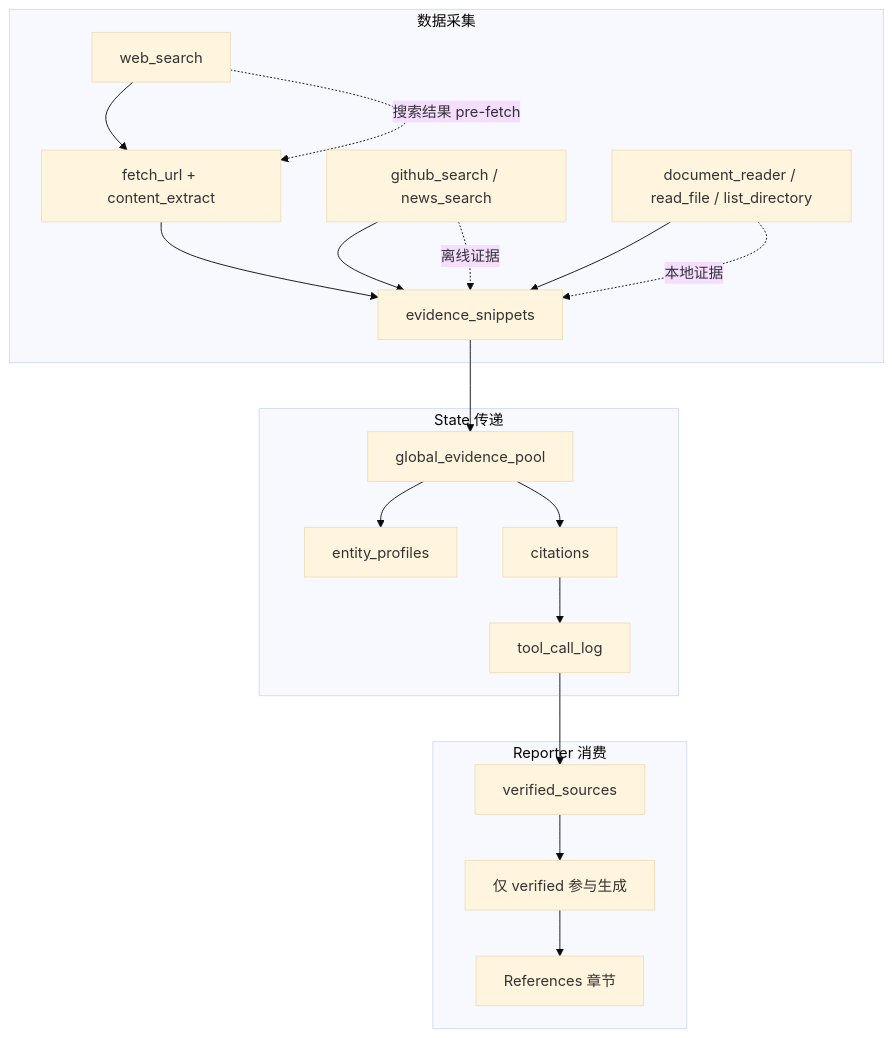
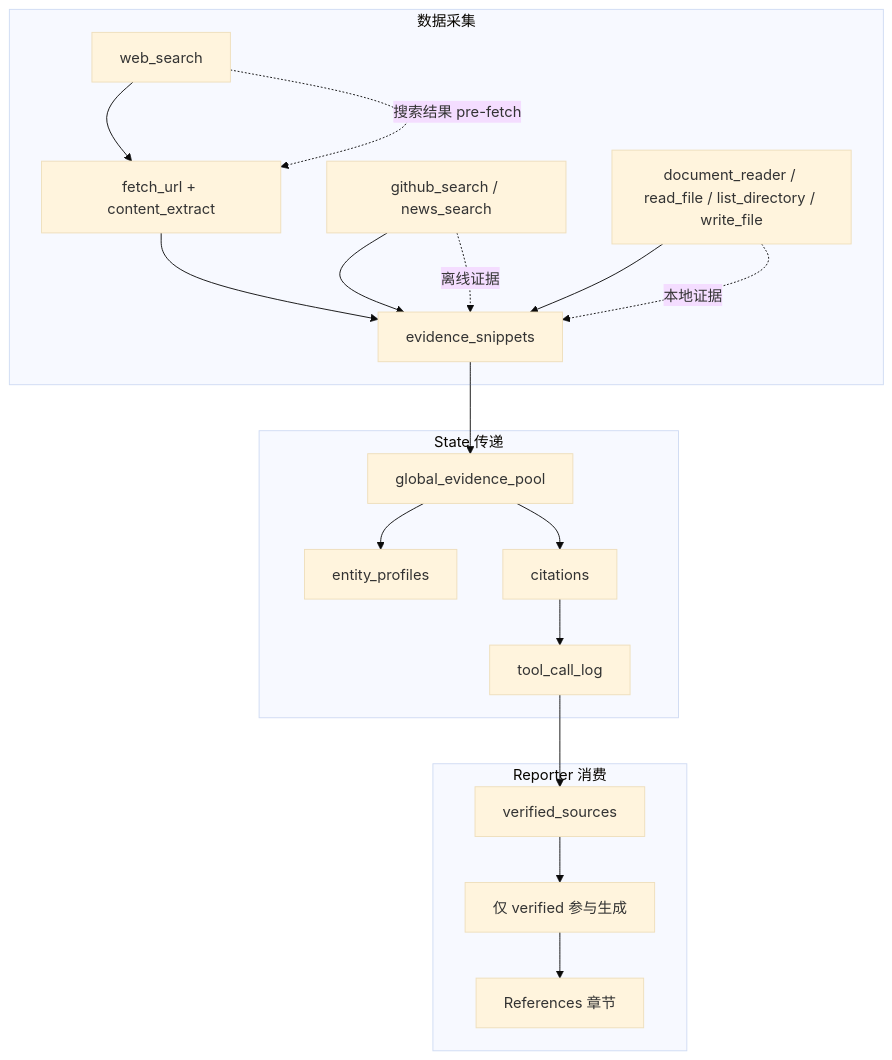
Before and after one commit to Caser-86/InsightGraph: the third of 3 diagrams in README.md, drawn with Mermaid (base theme). The commit also changed other lines of this file, not shown here.

Commit message:
docs: document write file opt in

````diff
--- a/README.md
+++ b/README.md
@@ -370,26 +372,26 @@
 ```mermaid
 flowchart TB
     subgraph 数据采集
         T1[web_search] --> T2[fetch_url + content_extract]
         T3[github_search / news_search] --> T8[evidence_snippets]
-        T5[document_reader / read_file / list_directory] --> T8
+        T5[document_reader / read_file / list_directory / write_file] --> T8
         T2 --> T8
     end
 
     subgraph State 传递
         T8 --> S1[global_evidence_pool]
         S1 --> S2[entity_profiles]
         S1 --> S3[citations]
         S3 --> S4[tool_call_log]
     end
 
     subgraph Reporter 消费
         S4 --> R1[verified_sources]
         R1 --> R2[仅 verified 参与生成]
         R2 --> R3[References 章节]
     end
 
     T1 -.->|搜索结果 pre-fetch| T2
     T3 -.->|离线证据| T8
     T5 -.->|本地证据| T8
 ```
````
